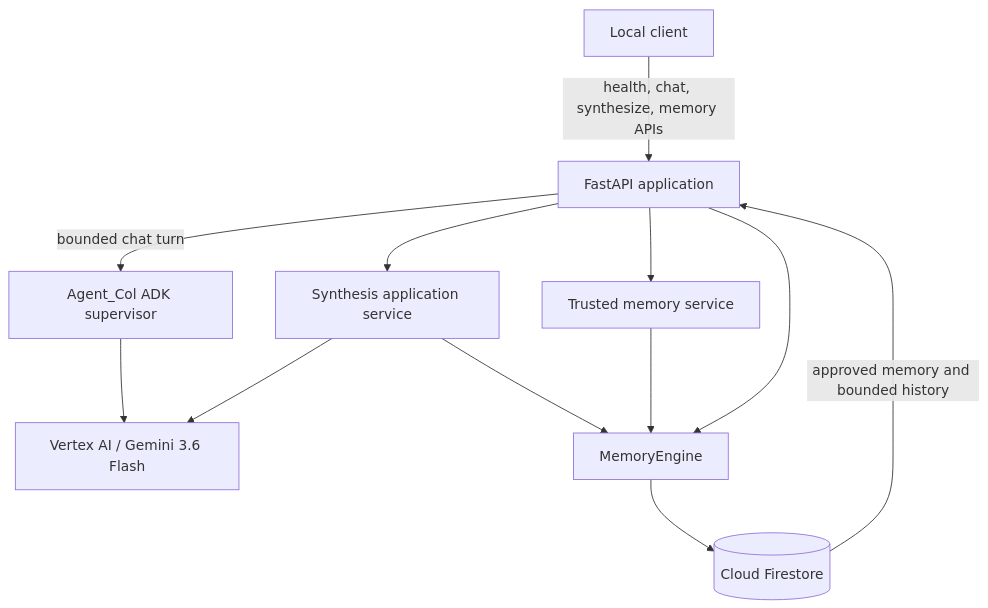
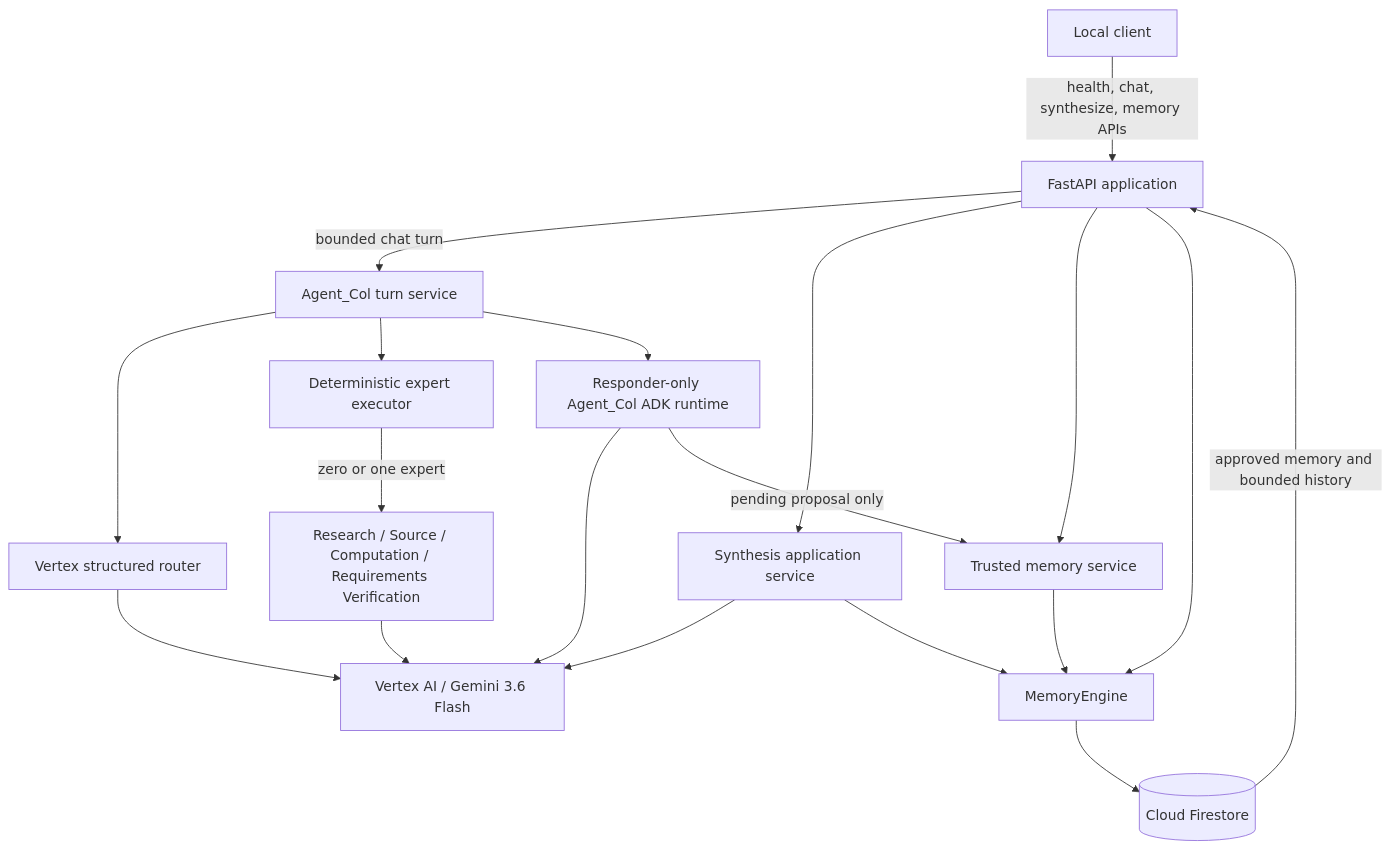
The first of 2 diagrams in docs/architecture.md (knightsky-cpu/col-workspace), drawn with Mermaid before and after one commit. The commit also changed other lines of this file and 4 other files, not shown here.

````diff
--- a/docs/architecture.md
+++ b/docs/architecture.md
@@ -10,23 +10,34 @@
 ```mermaid
 flowchart TD
     client[Local client]
     api[FastAPI application]
-    supervisor[Agent_Col ADK supervisor]
+    turn[Agent_Col turn service]
+    router[Vertex structured router]
+    executor[Deterministic expert executor]
+    experts[Research / Source / Computation / Requirements Verification]
+    responder[Responder-only Agent_Col ADK runtime]
     synthesis[Synthesis application service]
     memory_service[Trusted memory service]
     genai[Vertex AI / Gemini 3.6 Flash]
     engine[MemoryEngine]
     firestore[(Cloud Firestore)]
 
     client -->|health, chat, synthesize, memory APIs| api
-    api -->|bounded chat turn| supervisor
-    supervisor --> genai
+    api -->|bounded chat turn| turn
+    turn --> router
+    router --> genai
+    turn --> executor
+    executor -->|zero or one expert| experts
+    experts --> genai
+    turn --> responder
+    responder --> genai
+    responder -->|pending proposal only| memory_service
     api --> synthesis
     synthesis --> genai
     api --> memory_service
     api --> engine
     synthesis --> engine
     memory_service --> engine
     engine --> firestore
     firestore -->|approved memory and bounded history| api
 ```
````
